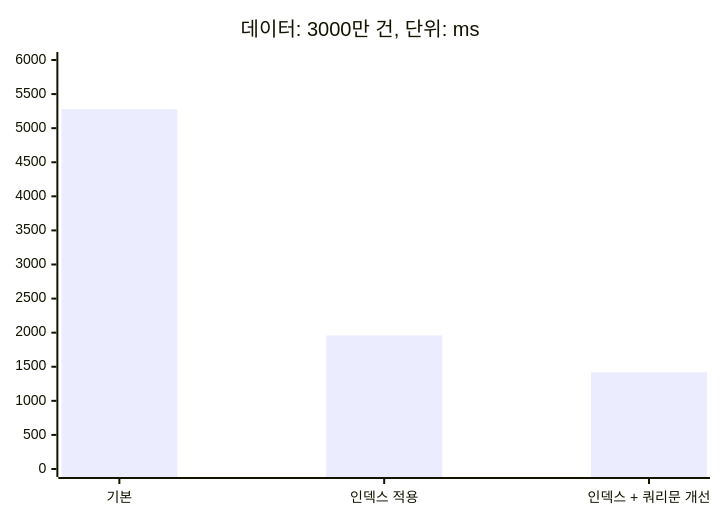
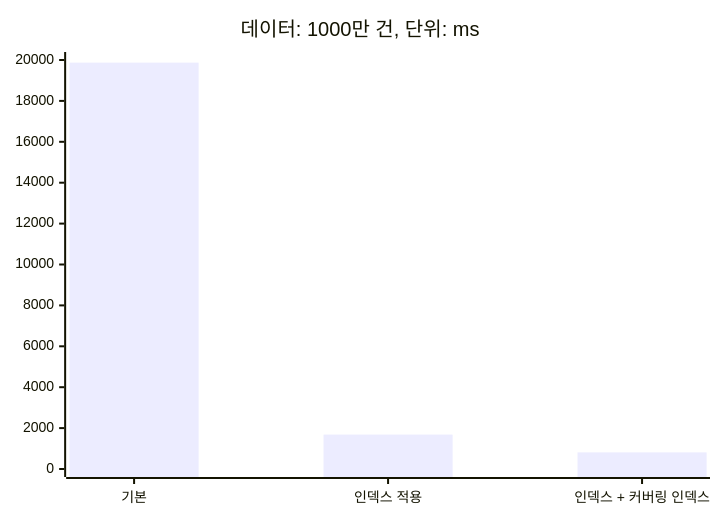
The second of 3 diagrams in README.md (openmpy/runner-wiki), drawn with Mermaid before and after one commit. The commit also changed other lines of this file, not shown here.

````diff
--- a/README.md
+++ b/README.md
@@ -134,7 +132,7 @@
 ```mermaid
 xychart-beta
-    title "데이터: 3000만 건, 단위: ms"
-    x-axis ["기본", "인덱스 적용", "인덱스 + 쿼리문 개선"]
-    y-axis 0 --> 6000
-    bar [5281, 1959, 1419]
+    title "데이터: 1000만 건, 단위: ms"
+    x-axis ["기본", "인덱스 적용", "인덱스 + 커버링 인덱스"]
+    y-axis 0 --> 20000
+    bar [19872, 1682, 813]
 ```
````
